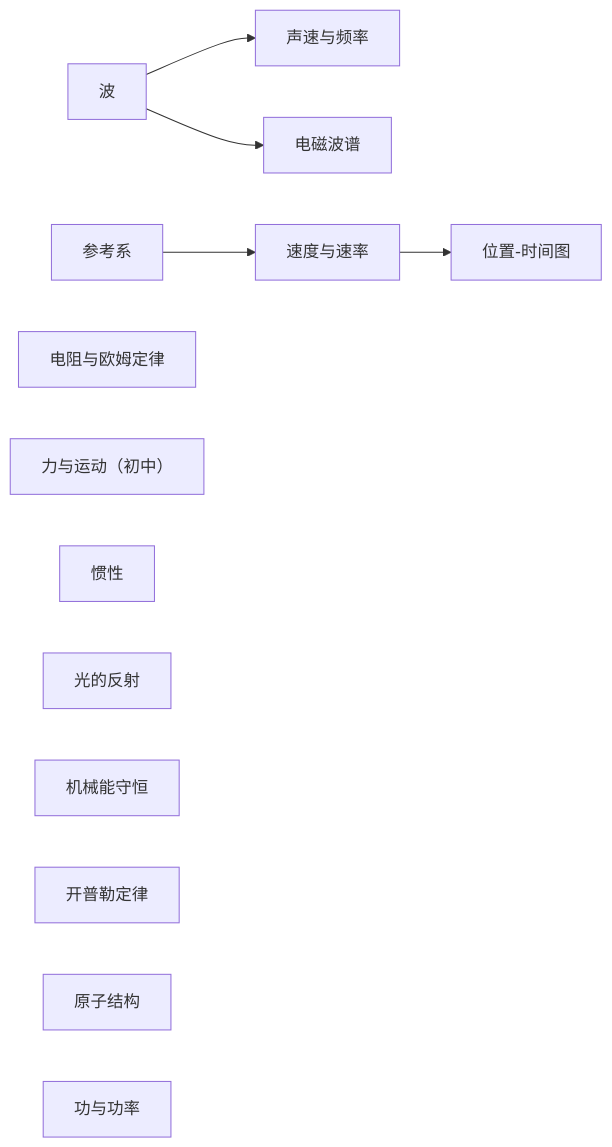
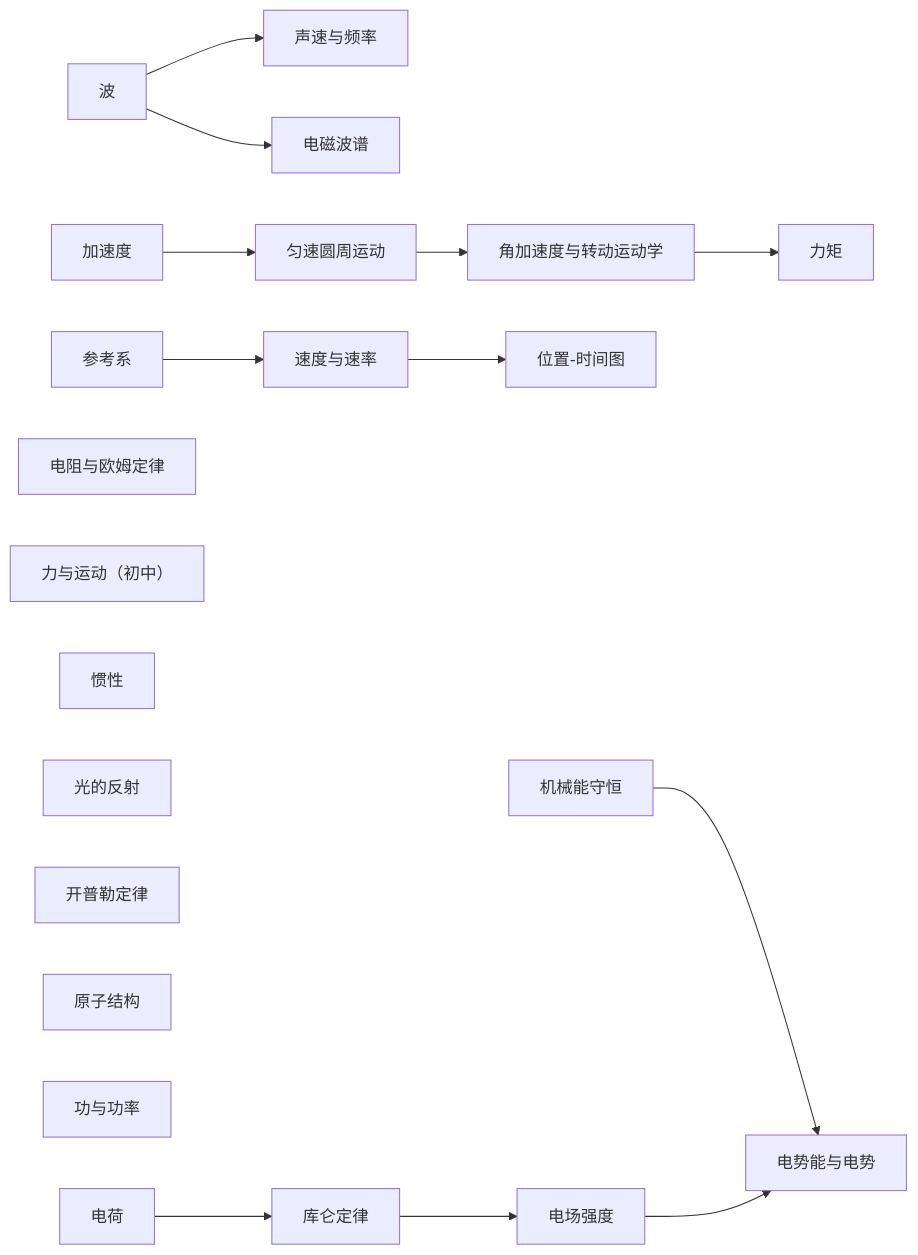
Before and after one commit to hpleapfrog/Scholia: the first of 2 diagrams in knowledge/physics/README.en.md, drawn with Mermaid. The commit also changed other lines of this file and 55 other files, not shown here.

````diff
--- a/knowledge/physics/README.en.md
+++ b/knowledge/physics/README.en.md
@@ -7,14 +7,18 @@
 ```mermaid
 graph LR
   W["波"] --> A["声速与频率"]
+  AC["加速度"] --> UCM["匀速圆周运动"]
+  UCM --> RA["角加速度与转动运动学"] --> TQ["力矩"]
   W --> M["电磁波谱"]
   F["参考系"] --> S["速度与速率"] --> P["位置-时间图"]
   R["电阻与欧姆定律"]
   N["力与运动（初中）"]
   I["惯性"]
   L["光的反射"]
   E["机械能守恒"]
   K["开普勒定律"]
   AT["原子结构"]
   WP["功与功率"]
+  CH["电荷"] --> CL["库仑定律"] --> EF["电场强度"] --> EP["电势能与电势"]
+  E --> EP
 ```
````
